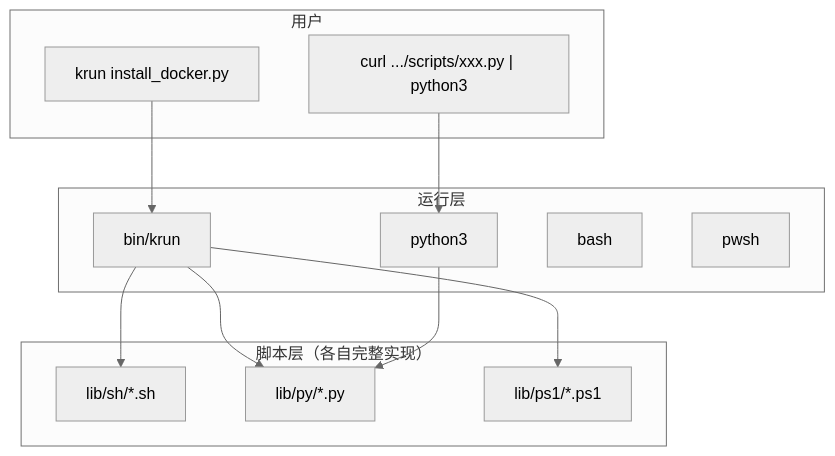
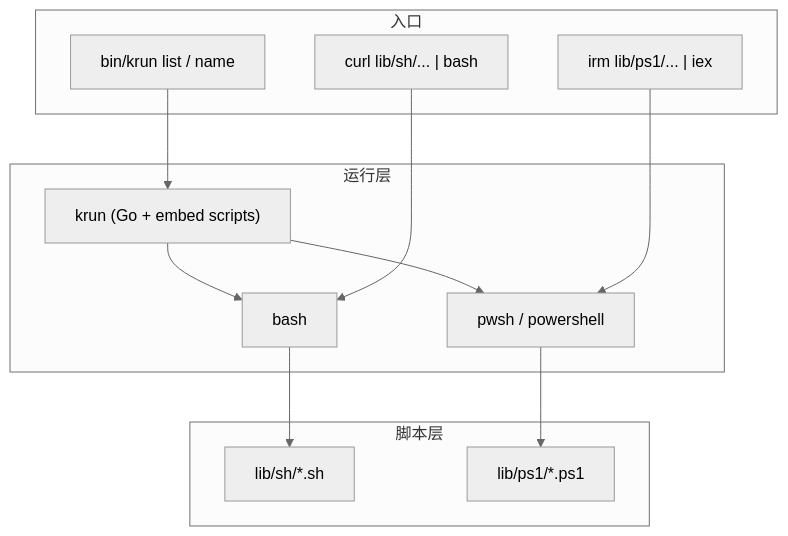
Before and after one commit to kevin197011/krun: the first of 5 diagrams in README.md, drawn with Mermaid (neutral theme). The commit also changed other lines of this file and 107 other files, not shown here.

````diff
--- a/README.md
+++ b/README.md
@@ -40,26 +37,25 @@
 ```mermaid
 flowchart TB
-    subgraph User["用户"]
-        CLI["krun install_docker.py"]
-        CURL["curl .../scripts/xxx.py | python3"]
+    subgraph Entry["入口"]
+        CLI["bin/krun list / name"]
+        CURL["curl lib/sh/... | bash"]
+        IRM["irm lib/ps1/... | iex"]
     end
 
     subgraph Runner["运行层"]
-        KRUN["bin/krun"]
-        PY3["python3"]
+        KRUN["krun (Go + embed scripts)"]
         BASH["bash"]
-        PS1["pwsh"]
+        PSH["pwsh / powershell"]
     end
 
-    subgraph Scripts["脚本层（各自完整实现）"]
+    subgraph Lib["脚本层"]
         SH["lib/sh/*.sh"]
-        PY["lib/py/*.py"]
         PS["lib/ps1/*.ps1"]
     end
 
     CLI --> KRUN
-    KRUN --> SH
-    KRUN --> PY
-    KRUN --> PS
-    CURL --> PY3 --> PY
+    KRUN --> BASH --> SH
+    KRUN --> PSH --> PS
+    CURL --> BASH
+    IRM --> PSH
 ```
````
